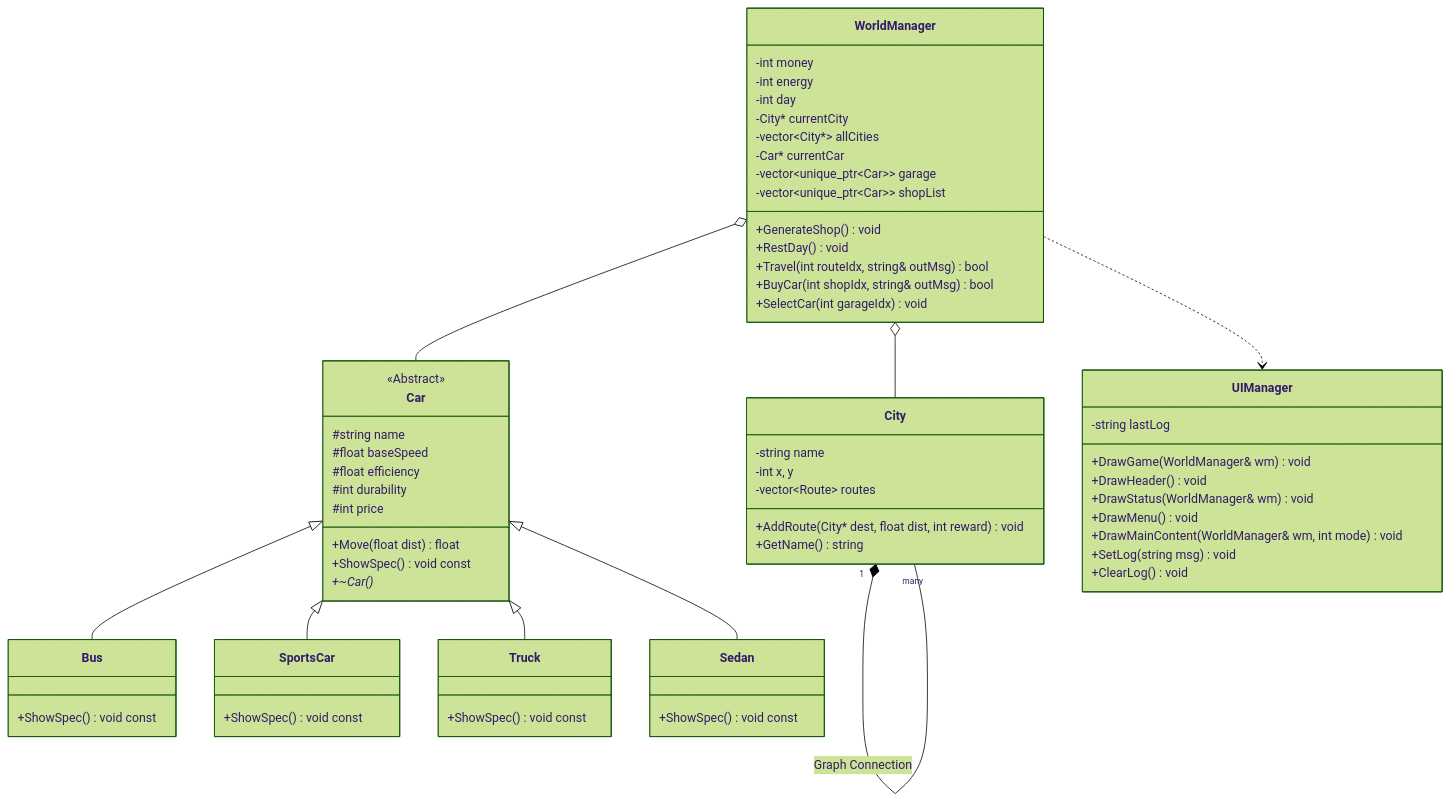
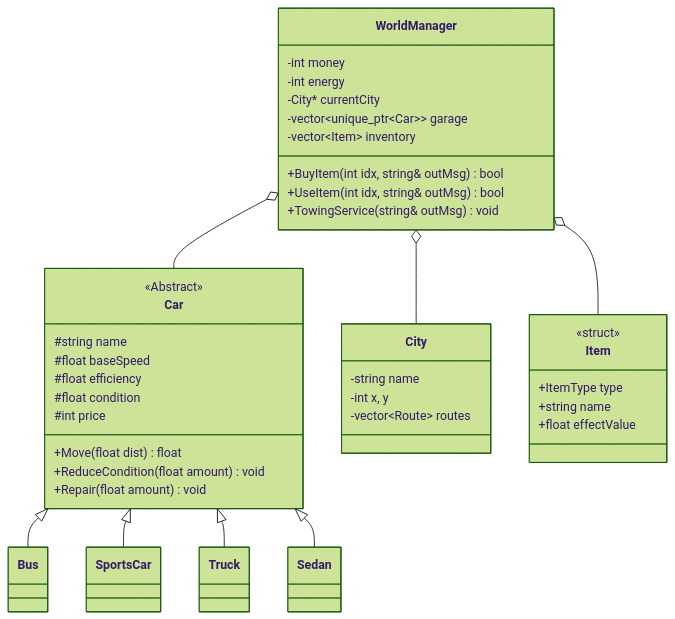
One commit to iamfreakin/PolyDrive changed the first of 2 diagrams in PROJECT_PLAN.md. Above: the diagram before and after it, drawn with Mermaid (forest theme). The commit also changed other lines of this file and 3 other files, not shown here.

````diff
--- a/PROJECT_PLAN.md
+++ b/PROJECT_PLAN.md
@@ -23,62 +23,43 @@
 ```mermaid
 classDiagram
     class Car {
         <<Abstract>>
         #string name
         #float baseSpeed
         #float efficiency
-        #int durability
+        #float condition
         #int price
         +Move(float dist) float
-        +ShowSpec() void const
-        +~Car()*
+        +ReduceCondition(float amount) void
+        +Repair(float amount) void
     }
-    class Bus { +ShowSpec() void const }
-    class SportsCar { +ShowSpec() void const }
-    class Truck { +ShowSpec() void const }
-    class Sedan { +ShowSpec() void const }
-
     class City {
         -string name
         -int x, y
         -vector~Route~ routes
-        +AddRoute(City* dest, float dist, int reward) void
-        +GetName() string
     }
-
+    class Item {
+        <<struct>>
+        +ItemType type
+        +string name
+        +float effectValue
+    }
     class WorldManager {
         -int money
         -int energy
-        -int day
         -City* currentCity
-        -vector~City*~ allCities
-        -Car* currentCar
         -vector~unique_ptr~Car~~ garage
-        -vector~unique_ptr~Car~~ shopList
-        +GenerateShop() void
-        +RestDay() void
-        +Travel(int routeIdx, string& outMsg) bool
-        +BuyCar(int shopIdx, string& outMsg) bool
-        +SelectCar(int garageIdx) void
-    }
-
-    class UIManager {
-        -string lastLog
-        +DrawGame(WorldManager& wm) void
-        +DrawHeader() void
-        +DrawStatus(WorldManager& wm) void
-        +DrawMenu() void
-        +DrawMainContent(WorldManager& wm, int mode) void
-        +SetLog(string msg) void
-        +ClearLog() void
+        -vector~Item~ inventory
+        +BuyItem(int idx, string& outMsg) bool
+        +UseItem(int idx, string& outMsg) bool
+        +TowingService(string& outMsg) void
     }
 
     Car <|-- Bus
     Car <|-- SportsCar
     Car <|-- Truck
     Car <|-- Sedan
     WorldManager o-- Car
     WorldManager o-- City
-    WorldManager ..> UIManager
-    City "1" *-- "many" City : Graph Connection
+    WorldManager o-- Item
 ```
````
